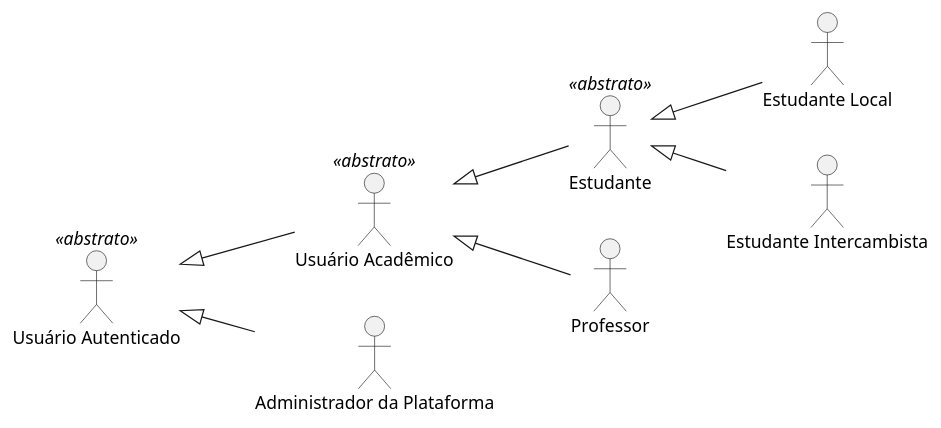
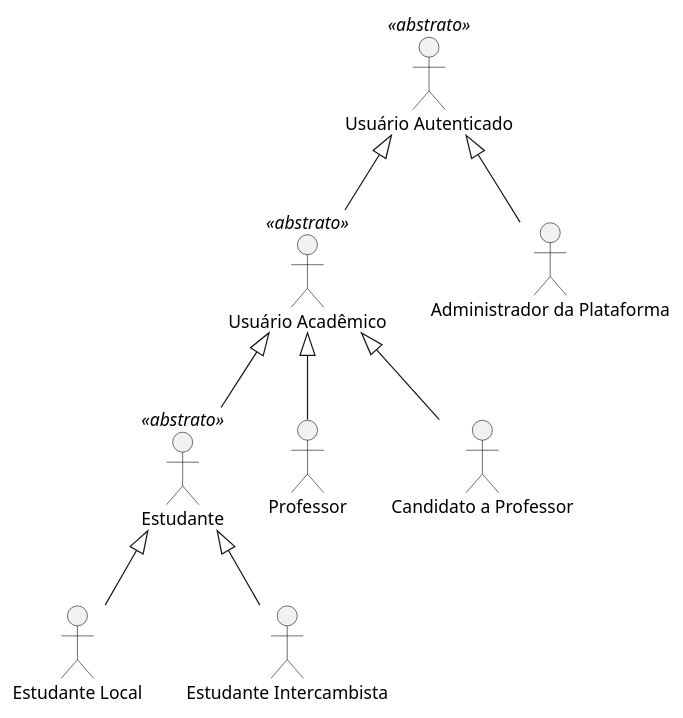
Before and after one commit to heitorrf/requisitos-2026--grupo5: the third of 9 diagrams in docs/documento-visão.md, drawn with PlantUML. The commit also changed other lines of this file, not shown here.

````diff
--- a/docs/documento-visão.md
+++ b/docs/documento-visão.md
@@ -288,18 +331,20 @@
 ```plantuml
 @startuml
-left to right direction
+top to bottom direction
 actor "Usuário Autenticado" as A10 <<abstrato>>
 actor "Usuário Acadêmico" as A7 <<abstrato>>
-actor Estudante as A8 <<abstrato>>
+actor "Estudante" as A8 <<abstrato>>
+actor "Administrador da Plataforma" as A4
+actor "Professor" as A3
+actor "Candidato a Professor" as A11
 actor "Estudante Local" as A1
 actor "Estudante Intercambista" as A2
-actor Professor as A3
-actor "Administrador da Plataforma" as A4
 A10 <|-- A7
 A10 <|-- A4
 A7 <|-- A8
 A7 <|-- A3
+A7 <|-- A11
 A8 <|-- A1
 A8 <|-- A2
 @enduml
 ```
````
